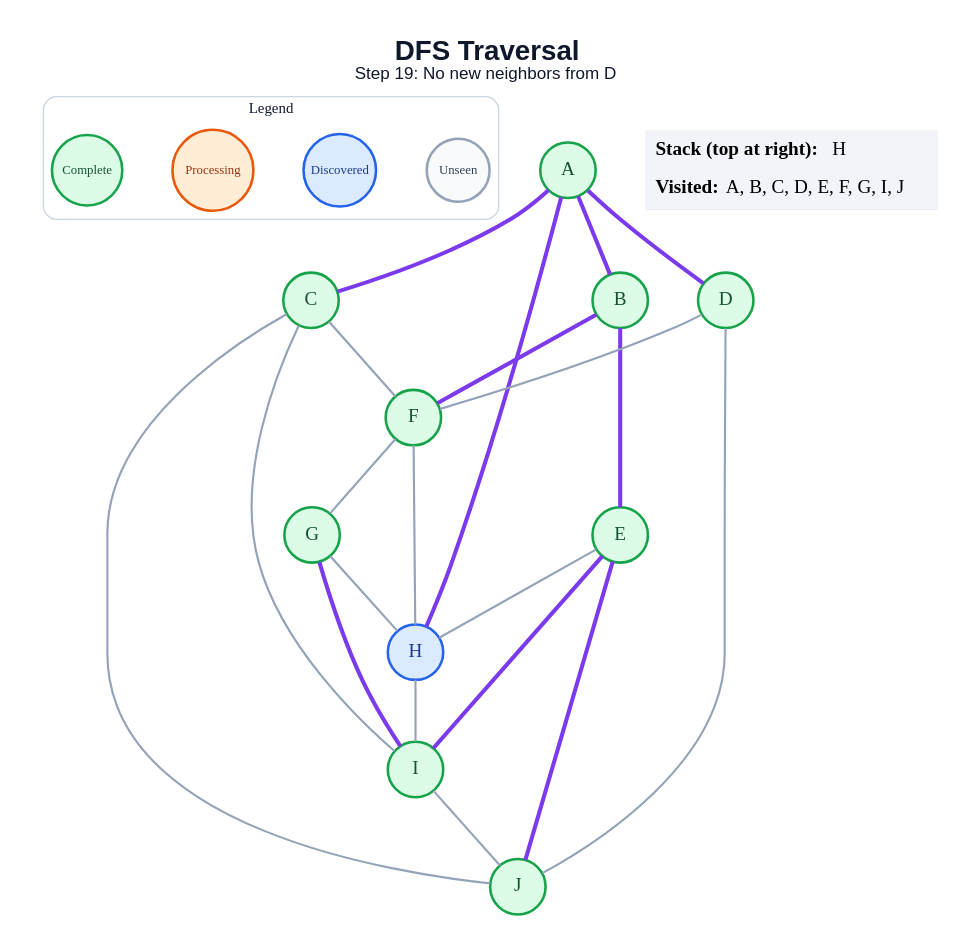
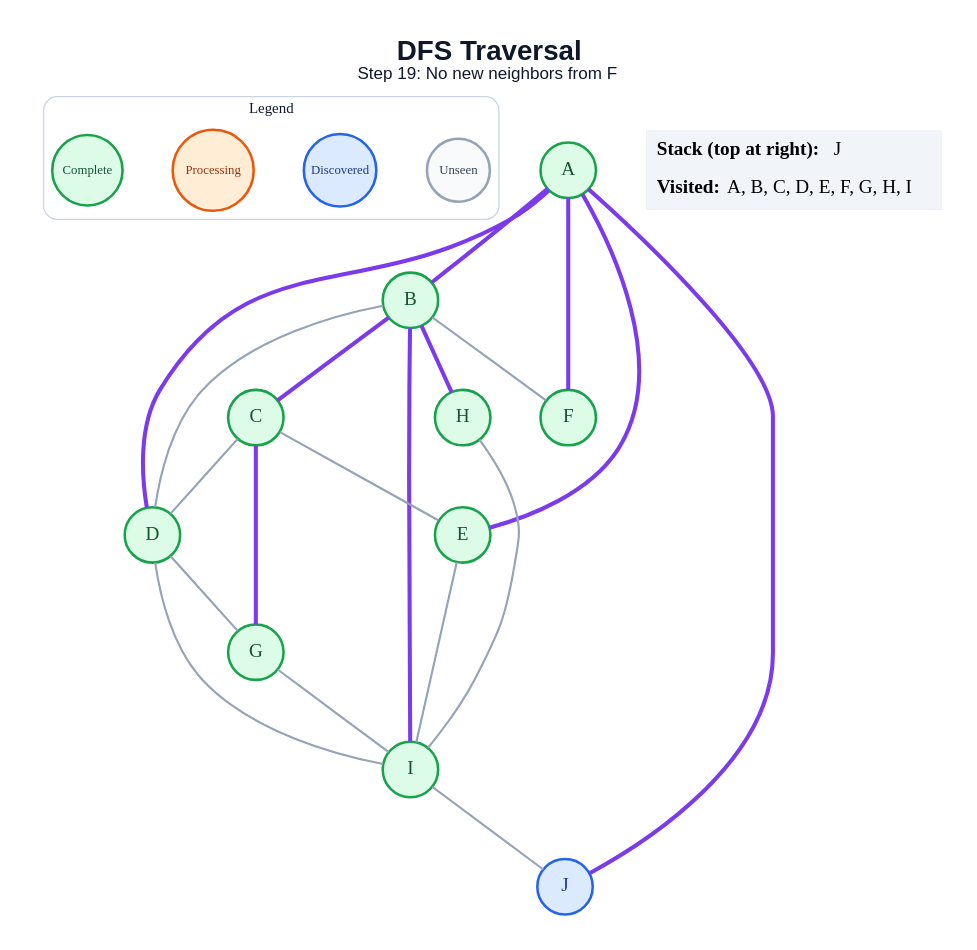
Before and after one commit to amanghodawala9/ai-slop: the diagram in generated/dfs/step_19.dot, drawn with Graphviz. The commit also changed 178 other files, not shown here.

```diff
--- a/generated/dfs/step_19.dot
+++ b/generated/dfs/step_19.dot
@@ -1,49 +1,48 @@
 graph traversal {
   graph [layout=dot, rankdir=TB, bgcolor="#FFFFFF", pad="0.35", nodesep="0.65", ranksep="0.8", fontname="Arial"];
   node [shape=circle, style="filled", fontname="Arial Bold", fontsize=18, width=0.72, fixedsize=true, penwidth=2.4];
   edge [color="#94A3B8", penwidth=2.0];
-  label=<<B>DFS Traversal</B><BR/><FONT POINT-SIZE="16">Step 19: No new neighbors from D</FONT>>; labelloc="t"; fontsize=26; fontname="Arial"; fontcolor="#0F172A";
+  label=<<B>DFS Traversal</B><BR/><FONT POINT-SIZE="16">Step 19: No new neighbors from F</FONT>>; labelloc="t"; fontsize=26; fontname="Arial"; fontcolor="#0F172A";
   subgraph cluster_legend { label="Legend"; color="#CBD5E1"; penwidth=1.2; style="rounded"; fontsize=14; fontname="Arial Bold";
     key_unseen [label="Unseen", fillcolor="#F8FAFC", color="#94A3B8", fontcolor="#334155", fontsize=12, width=0.82];
     key_frontier [label="Discovered", fillcolor="#DBEAFE", color="#2563EB", fontcolor="#1E3A8A", fontsize=12, width=0.95];
     key_current [label="Processing", fillcolor="#FFEDD5", color="#EA580C", fontcolor="#9A3412", fontsize=12, width=1.05];
     key_done [label="Complete", fillcolor="#DCFCE7", color="#16A34A", fontcolor="#14532D", fontsize=12, width=0.92];
     { rank=same; key_unseen; key_frontier; key_current; key_done; }
   }
   A [fillcolor="#DCFCE7", color="#16A34A", fontcolor="#14532D"];
   B [fillcolor="#DCFCE7", color="#16A34A", fontcolor="#14532D"];
   C [fillcolor="#DCFCE7", color="#16A34A", fontcolor="#14532D"];
   D [fillcolor="#DCFCE7", color="#16A34A", fontcolor="#14532D"];
   E [fillcolor="#DCFCE7", color="#16A34A", fontcolor="#14532D"];
   F [fillcolor="#DCFCE7", color="#16A34A", fontcolor="#14532D"];
   G [fillcolor="#DCFCE7", color="#16A34A", fontcolor="#14532D"];
-  H [fillcolor="#DBEAFE", color="#2563EB", fontcolor="#1E3A8A"];
+  H [fillcolor="#DCFCE7", color="#16A34A", fontcolor="#14532D"];
   I [fillcolor="#DCFCE7", color="#16A34A", fontcolor="#14532D"];
-  J [fillcolor="#DCFCE7", color="#16A34A", fontcolor="#14532D"];
+  J [fillcolor="#DBEAFE", color="#2563EB", fontcolor="#1E3A8A"];
   A -- B [color="#7C3AED", penwidth=3.8];
-  A -- C [color="#7C3AED", penwidth=3.8];
   A -- D [color="#7C3AED", penwidth=3.8];
-  A -- H [color="#7C3AED", penwidth=3.8];
-  B -- E [color="#7C3AED", penwidth=3.8];
-  B -- F [color="#7C3AED", penwidth=3.8];
-  C -- F;
-  C -- I;
-  C -- J;
-  D -- F;
-  D -- J;
-  E -- H;
-  E -- I [color="#7C3AED", penwidth=3.8];
-  E -- J [color="#7C3AED", penwidth=3.8];
-  F -- G;
-  F -- H;
-  G -- H;
-  G -- I [color="#7C3AED", penwidth=3.8];
+  A -- E [color="#7C3AED", penwidth=3.8];
+  A -- F [color="#7C3AED", penwidth=3.8];
+  A -- J [color="#7C3AED", penwidth=3.8];
+  B -- C [color="#7C3AED", penwidth=3.8];
+  B -- D;
+  B -- F;
+  B -- H [color="#7C3AED", penwidth=3.8];
+  B -- I [color="#7C3AED", penwidth=3.8];
+  C -- D;
+  C -- E;
+  C -- G [color="#7C3AED", penwidth=3.8];
+  D -- G;
+  D -- I;
+  E -- I;
+  G -- I;
   H -- I;
   I -- J;
   status [shape=plain, fixedsize=false, width=0, height=0, margin=0, label=<
     <TABLE BORDER="0" CELLBORDER="0" CELLPADDING="7" BGCOLOR="#F1F5F9">
-      <TR><TD ALIGN="LEFT"><B>Stack (top at right):</B> H</TD></TR>
-      <TR><TD ALIGN="LEFT"><B>Visited:</B> A, B, C, D, E, F, G, I, J</TD></TR>
+      <TR><TD ALIGN="LEFT"><B>Stack (top at right):</B> J</TD></TR>
+      <TR><TD ALIGN="LEFT"><B>Visited:</B> A, B, C, D, E, F, G, H, I</TD></TR>
     </TABLE>
   >];
 }
```
